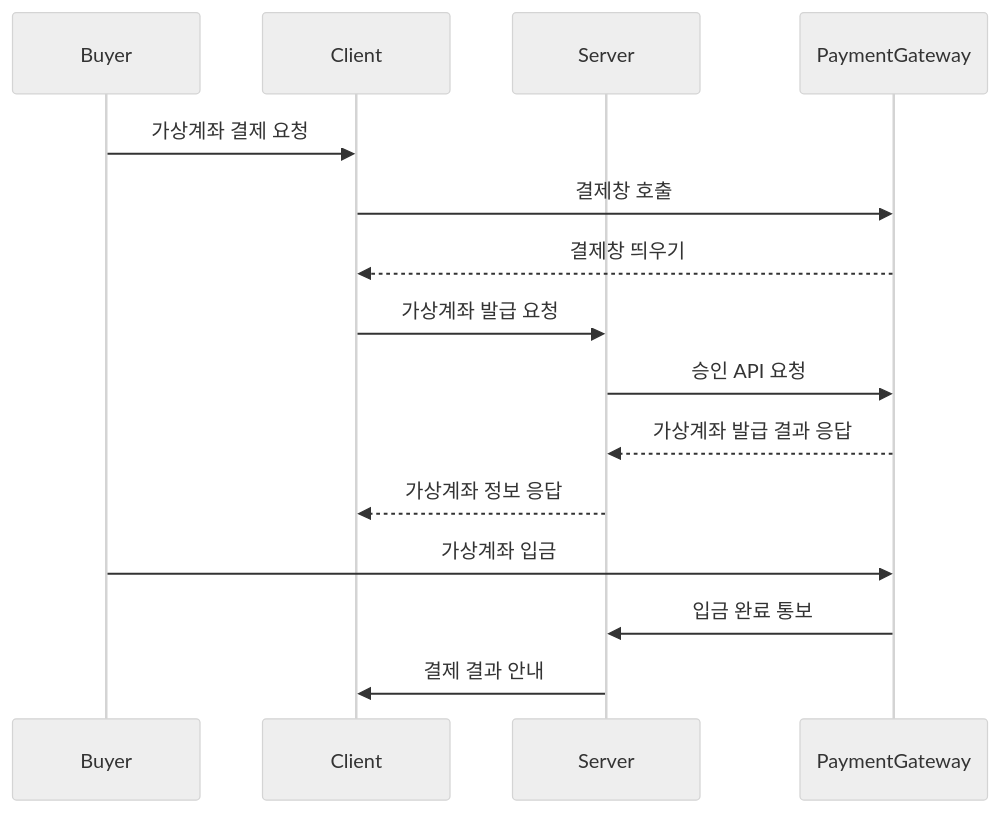
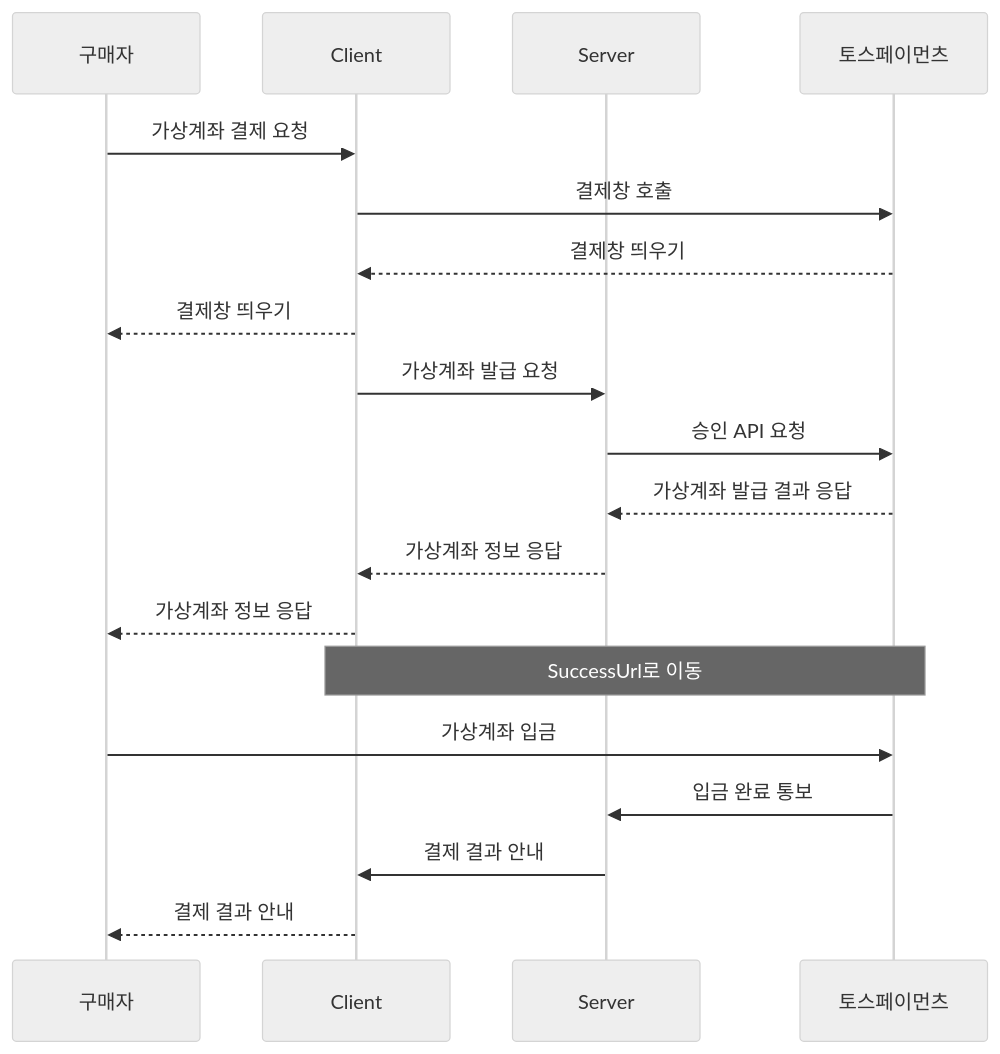
One commit to sumin2eee/NBE2_2_Team6 changed the sixth of 6 diagrams in README.md. Above: the diagram before and after it, drawn with Mermaid (neutral theme). The commit also changed other lines of this file, not shown here.

````diff
--- a/README.md
+++ b/README.md
@@ -127,18 +129,22 @@
 ```mermaid
 sequenceDiagram
-    participant Buyer
+    participant Buyer as 구매자
     participant Client
     participant Server
-    participant PaymentGateway
+    participant PaymentGateway as 토스페이먼츠
 
     Buyer->>Client: 가상계좌 결제 요청
     Client->>PaymentGateway: 결제창 호출
     PaymentGateway-->>Client: 결제창 띄우기
+    Client-->>Buyer: 결제창 띄우기
     Client->>Server: 가상계좌 발급 요청
     Server->>PaymentGateway: 승인 API 요청
     PaymentGateway-->>Server: 가상계좌 발급 결과 응답
     Server-->>Client: 가상계좌 정보 응답
+    Client-->>Buyer: 가상계좌 정보 응답
+    Note over Client, PaymentGateway: SuccessUrl로 이동
     Buyer->>PaymentGateway: 가상계좌 입금
     PaymentGateway->>Server: 입금 완료 통보
     Server->>Client: 결제 결과 안내
+    Client-->>Buyer: 결제 결과 안내
 ```
````
